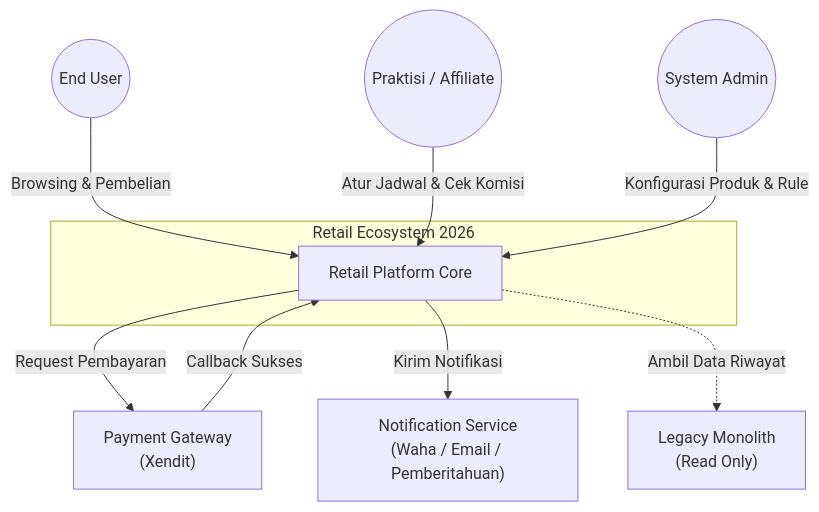
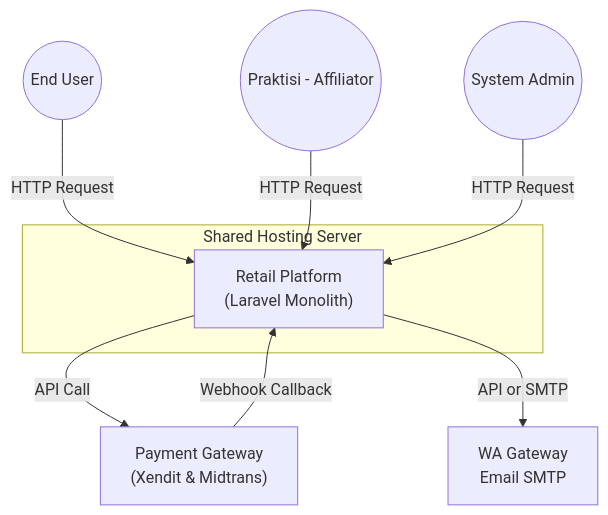
Before and after one commit to ReyhanAnf/reyn-docs: the first of 2 diagrams in docs/Talents Mapping/2026 Q1 Technical Specification Document/2 - System Architecture Design (SAD).md, drawn with Mermaid. The commit also changed other lines of this file and 1 other file, not shown here.

````diff
--- a/docs/Talents Mapping/2026 Q1 Technical Specification Document/2 - System Architecture Design (SAD).md
+++ b/docs/Talents Mapping/2026 Q1 Technical Specification Document/2 - System Architecture Design (SAD).md
@@ -24,30 +27,26 @@
 ```mermaid
 flowchart TD
     %% AKTOR
     User((End User))
-    Practitioner((Praktisi / Affiliate))
+    Practitioner((Praktisi - Affiliator))
     Admin((System Admin))
 
     %% SISTEM INTI
-    subgraph Retail["Retail Ecosystem 2026"]
-        CoreSystem[Retail Platform Core]
+    subgraph SharedHosting["Shared Hosting Server"]
+        CoreSystem["Retail Platform\n(Laravel Monolith)"]
     end
 
     %% SISTEM EKSTERNAL
-    PaymentGW["Payment Gateway<br/>(Xendit)"]
-    NotifService["Notification Service<br/>(Waha / Email / Pemberitahuan)"]
-    LegacySys["Legacy Monolith<br/>(Read Only)"]
+    PaymentGW["Payment Gateway\n(Xendit & Midtrans)"]
+    NotifService["WA Gateway\nEmail SMTP"]
 
     %% RELASI
-    User -->|Browsing & Pembelian| CoreSystem
-    Practitioner -->|Atur Jadwal & Cek Komisi| CoreSystem
-    Admin -->|Konfigurasi Produk & Rule| CoreSystem
+    User -->|HTTP Request| CoreSystem
+    Practitioner -->|HTTP Request| CoreSystem
+    Admin -->|HTTP Request| CoreSystem
 
-    CoreSystem -->|Request Pembayaran| PaymentGW
-    PaymentGW -->|Callback Sukses| CoreSystem
-
-    CoreSystem -->|Kirim Notifikasi| NotifService
-    CoreSystem -.->|Ambil Data Riwayat| LegacySys
-
+    CoreSystem -->|API Call| PaymentGW
+    PaymentGW -->|Webhook Callback| CoreSystem
+    CoreSystem -->|API or SMTP| NotifService
 
 ```
````
